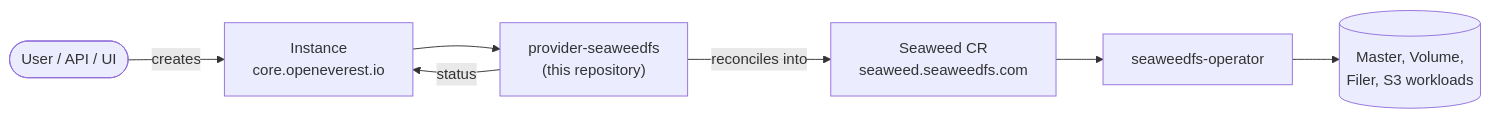
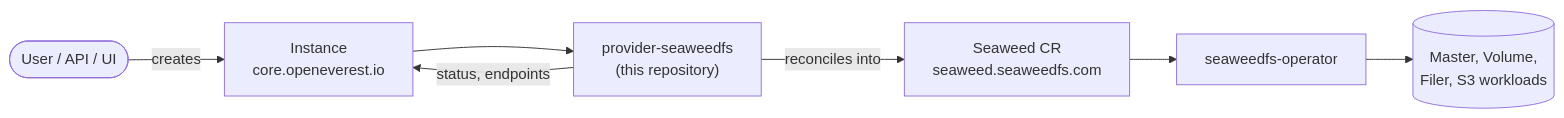
Before and after one commit to openeverest/provider-seaweedfs: the diagram in README.md, drawn with Mermaid. The commit also changed other lines of this file and 25 other files, not shown here.

````diff
--- a/README.md
+++ b/README.md
@@ -36,9 +37,9 @@
 ```mermaid
 flowchart LR
     U([User / API / UI]) -->|creates| I["Instance<br/>core.openeverest.io"]
     I --> P["provider-seaweedfs<br/>(this repository)"]
     P -->|reconciles into| O["Seaweed CR<br/>seaweed.seaweedfs.com"]
     O --> W["seaweedfs-operator"]
     W --> R[("Master, Volume,<br/>Filer, S3 workloads")]
-    P -->|status| I
+    P -->|status, endpoints| I
 ```
````
